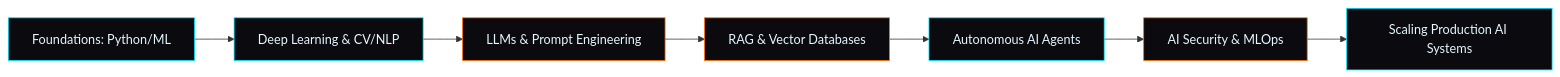
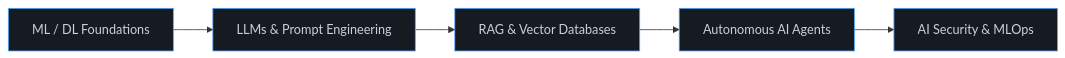
The diagram in README.md (Ajinth911/Ajinth911), drawn with Mermaid before and after one commit. The commit also changed other lines of this file, not shown here.

````diff
--- a/README.md
+++ b/README.md
@@ -313,17 +140,13 @@
 ```mermaid
 graph LR
-    A[Foundations: Python/ML] --> B[Deep Learning & CV/NLP]
-    B --> C[LLMs & Prompt Engineering]
-    C --> D[RAG & Vector Databases]
-    D --> E[Autonomous AI Agents]
-    E --> F[AI Security & MLOps]
-    F --> G[Scaling Production AI Systems]
+    A[ML / DL Foundations] --> B[LLMs & Prompt Engineering]
+    B --> C[RAG & Vector Databases]
+    C --> D[Autonomous AI Agents]
+    D --> E[AI Security & MLOps]
 
-    style A fill:#0A0A0F,stroke:#00E5FF,color:#E6F7FF
-    style B fill:#0A0A0F,stroke:#00E5FF,color:#E6F7FF
-    style C fill:#0A0A0F,stroke:#FF6A00,color:#E6F7FF
-    style D fill:#0A0A0F,stroke:#FF6A00,color:#E6F7FF
-    style E fill:#0A0A0F,stroke:#00E5FF,color:#E6F7FF
-    style F fill:#0A0A0F,stroke:#FF6A00,color:#E6F7FF
-    style G fill:#0A0A0F,stroke:#00E5FF,color:#E6F7FF
+    style A fill:#161B22,stroke:#58A6FF,color:#C9D1D9
+    style B fill:#161B22,stroke:#58A6FF,color:#C9D1D9
+    style C fill:#161B22,stroke:#58A6FF,color:#C9D1D9
+    style D fill:#161B22,stroke:#58A6FF,color:#C9D1D9
+    style E fill:#161B22,stroke:#58A6FF,color:#C9D1D9
 ```
````
